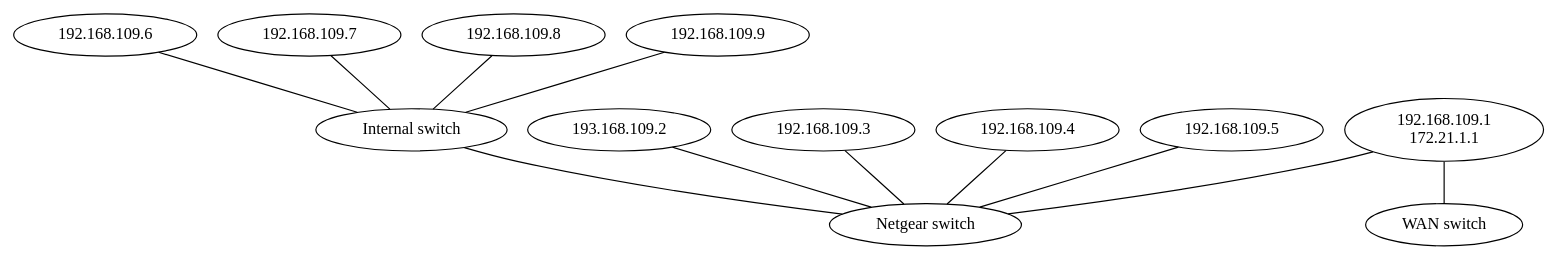
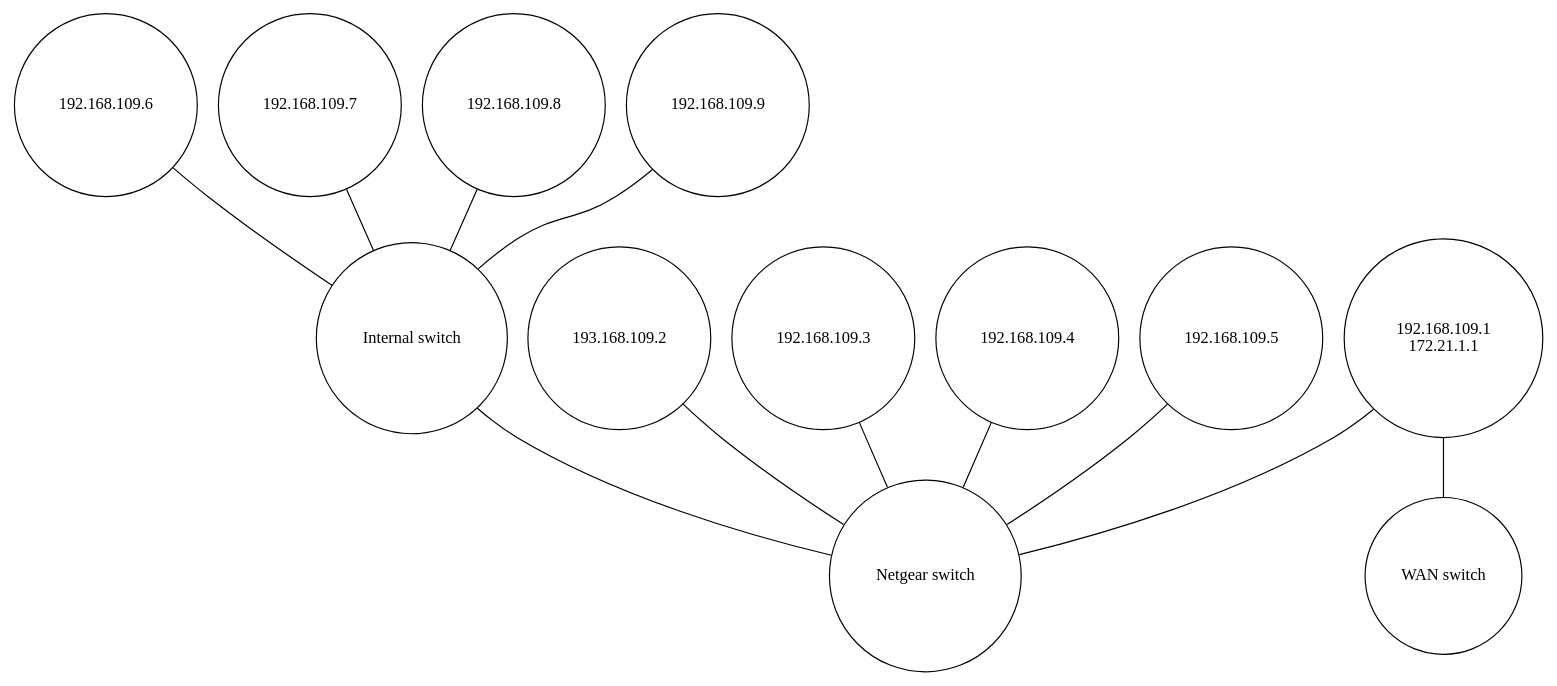
One commit to deanturpin/alpha changed the diagram in dot/network.dot. Above: the diagram before and after it, drawn with Graphviz. The commit also changed 1 other file, not shown here.

```diff
--- a/dot/network.dot
+++ b/dot/network.dot
@@ -1,39 +1,40 @@
 graph
 {
 	// Highlighting
 	node [style=filled fillcolor=white]
+	node [shape=circle]
 	s1 [label="Netgear switch"]
 	s2 [label="Internal switch"]
 
 	// 
 	a [label="192.168.109.1\n172.21.1.1"]
 	b [label="193.168.109.2"]
 	c [label="192.168.109.3"]
 	d [label="192.168.109.4"]
 	e [label="192.168.109.5"]
 
 	// 
 	w [label="192.168.109.6"]
 	x [label="192.168.109.7"]
 	y [label="192.168.109.8"]
 	z [label="192.168.109.9"]
 
 	w1 [label="WAN switch"]
 
 	// Interconnections
 
 	a -- w1
 
 	a -- s1
 	b -- s1
 	c -- s1
 	d -- s1
 	e -- s1
 
 	s2 -- s1
 
 	z -- s2
 	y -- s2
 	x -- s2
 	w -- s2
 }
```
